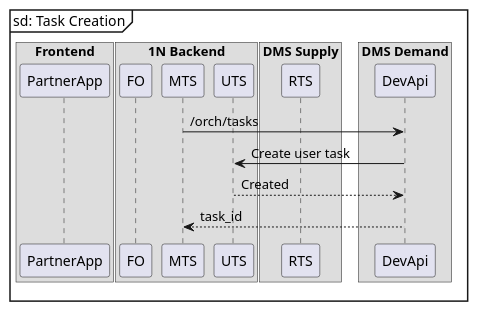
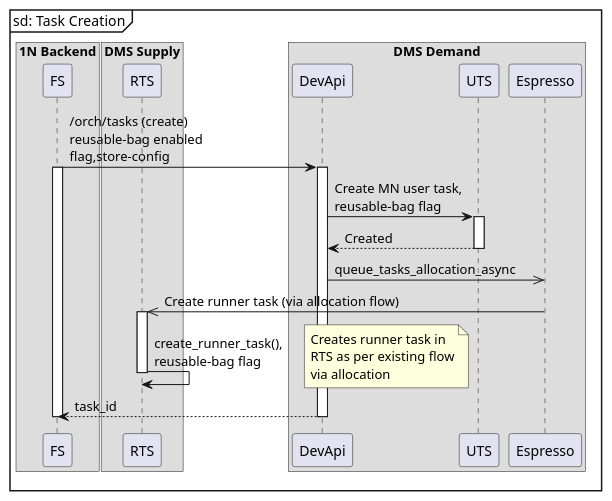
The diagram in mn-intervention/task-creation.puml (rakesh-k-dunzo/dms-uml-diagrams), drawn with PlantUML before and after one commit. The commit also changed 14 other files, not shown here.

```diff
--- a/mn-intervention/task-creation.puml
+++ b/mn-intervention/task-creation.puml
@@ -1,27 +1,39 @@
 @startuml
 mainframe sd: Task Creation
 
-box "Frontend"
-participant PartnerApp
-box end
-
 box "1N Backend"
-participant FO
-participant MTS
-participant UTS
+participant FS
 box end
 
 box "DMS Supply"
 participant RTS
 box end
 
 box "DMS Demand"
 participant DevApi
+participant UTS
+participant Espresso
 box end
 
-MTS -> DevApi: /orch/tasks
-DevApi -> UTS: Create user task
+FS -> DevApi: /orch/tasks (create)\nreusable-bag enabled\nflag,store-config
+activate FS
+activate DevApi
+DevApi -> UTS: Create MN user task,\nreusable-bag flag
+activate UTS
 UTS --> DevApi: Created
-DevApi --> MTS: task_id
+deactivate UTS
+DevApi ->> Espresso: queue_tasks_allocation_async
+Espresso ->> RTS: Create runner task (via allocation flow)
+activate RTS
+RTS -> RTS: create_runner_task(),\nreusable-bag flag
+deactivate RTS
+note right
+Creates runner task in
+RTS as per existing flow
+via allocation
+end note
+DevApi --> FS: task_id
+deactivate DevApi
+deactivate FS
 
 @enduml
```
